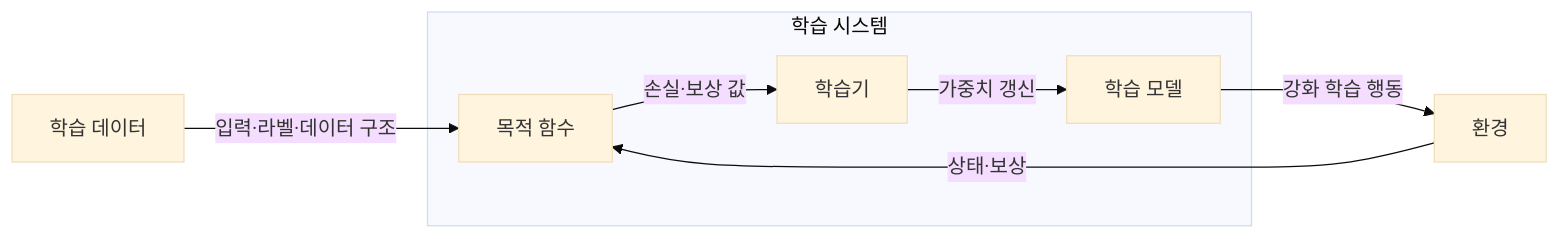
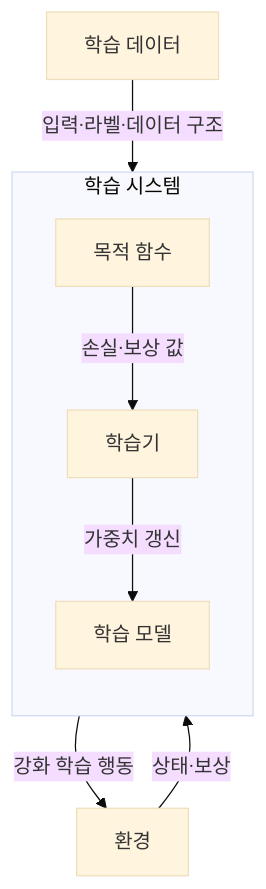
One commit to agnusdei1207/knowledge-base changed the first of 2 diagrams in src/content/docs/notes/01-basic-theory/048_learning_paradigms.md. Above: the diagram before and after it, drawn with Mermaid (base theme). The commit also changed other lines of this file and 20 other files, not shown here.

````diff
--- a/src/content/docs/notes/01-basic-theory/048_learning_paradigms.md
+++ b/src/content/docs/notes/01-basic-theory/048_learning_paradigms.md
@@ -58,15 +58,16 @@
 ```mermaid
-flowchart LR
+flowchart TB
     D[학습 데이터]
     E[환경]
     subgraph L[학습 시스템]
+        direction TB
         O[목적 함수]
         T[학습기]
         M[학습 모델]
         O -->|손실·보상 값| T
         T -->|가중치 갱신| M
     end
     D -->|입력·라벨·데이터 구조| O
     E -->|상태·보상| O
     M -->|강화 학습 행동| E
 ```
````
